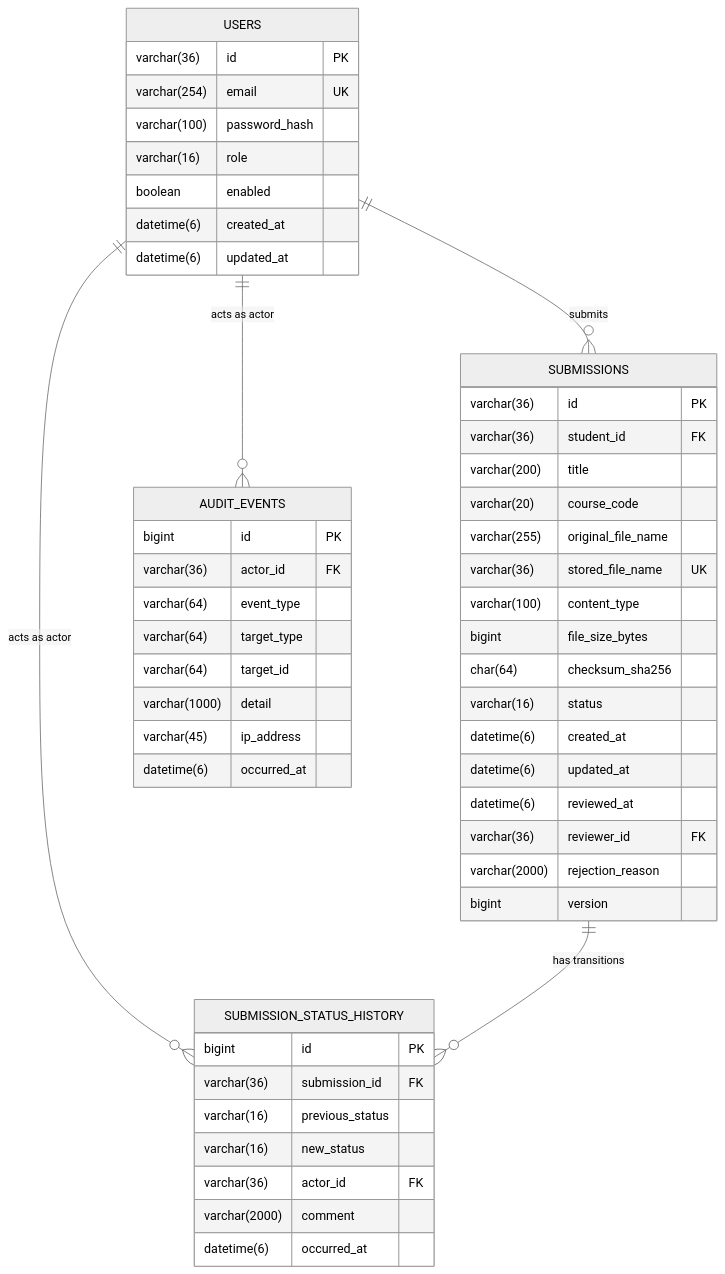
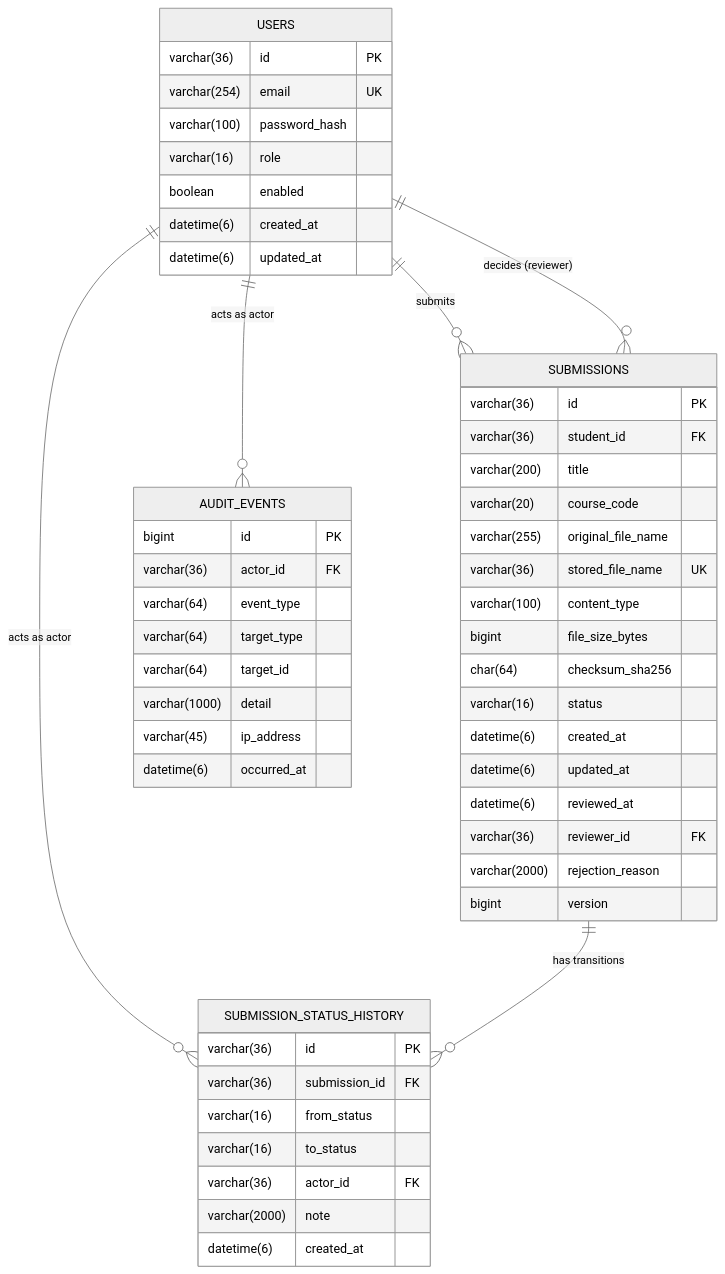
One commit to Ayush-Gole8/online-assignment-portal changed the first of 2 diagrams in docs/architecture/data-model.md. Above: the diagram before and after it, drawn with Mermaid (neutral theme). The commit also changed other lines of this file and 35 other files, not shown here.

````diff
--- a/docs/architecture/data-model.md
+++ b/docs/architecture/data-model.md
@@ -36,57 +44,58 @@
 ```mermaid
 erDiagram
     USERS ||--o{ SUBMISSIONS : "submits"
+    USERS ||--o{ SUBMISSIONS : "decides (reviewer)"
     USERS ||--o{ SUBMISSION_STATUS_HISTORY : "acts as actor"
     SUBMISSIONS ||--o{ SUBMISSION_STATUS_HISTORY : "has transitions"
     USERS ||--o{ AUDIT_EVENTS : "acts as actor"
 
     USERS {
         varchar(36) id PK
         varchar(254) email UK
         varchar(100) password_hash
         varchar(16) role
         boolean enabled
         datetime(6) created_at
         datetime(6) updated_at
     }
 
     SUBMISSIONS {
         varchar(36) id PK
         varchar(36) student_id FK
         varchar(200) title
         varchar(20) course_code
         varchar(255) original_file_name
         varchar(36) stored_file_name UK
         varchar(100) content_type
         bigint file_size_bytes
         char(64) checksum_sha256
         varchar(16) status
         datetime(6) created_at
         datetime(6) updated_at
         datetime(6) reviewed_at
         varchar(36) reviewer_id FK
         varchar(2000) rejection_reason
         bigint version
     }
 
     SUBMISSION_STATUS_HISTORY {
-        bigint id PK
+        varchar(36) id PK
         varchar(36) submission_id FK
-        varchar(16) previous_status
-        varchar(16) new_status
+        varchar(16) from_status
+        varchar(16) to_status
         varchar(36) actor_id FK
-        varchar(2000) comment
-        datetime(6) occurred_at
+        varchar(2000) note
+        datetime(6) created_at
     }
 
     AUDIT_EVENTS {
         bigint id PK
         varchar(36) actor_id FK
         varchar(64) event_type
         varchar(64) target_type
         varchar(64) target_id
         varchar(1000) detail
         varchar(45) ip_address
         datetime(6) occurred_at
     }
 ```
````
